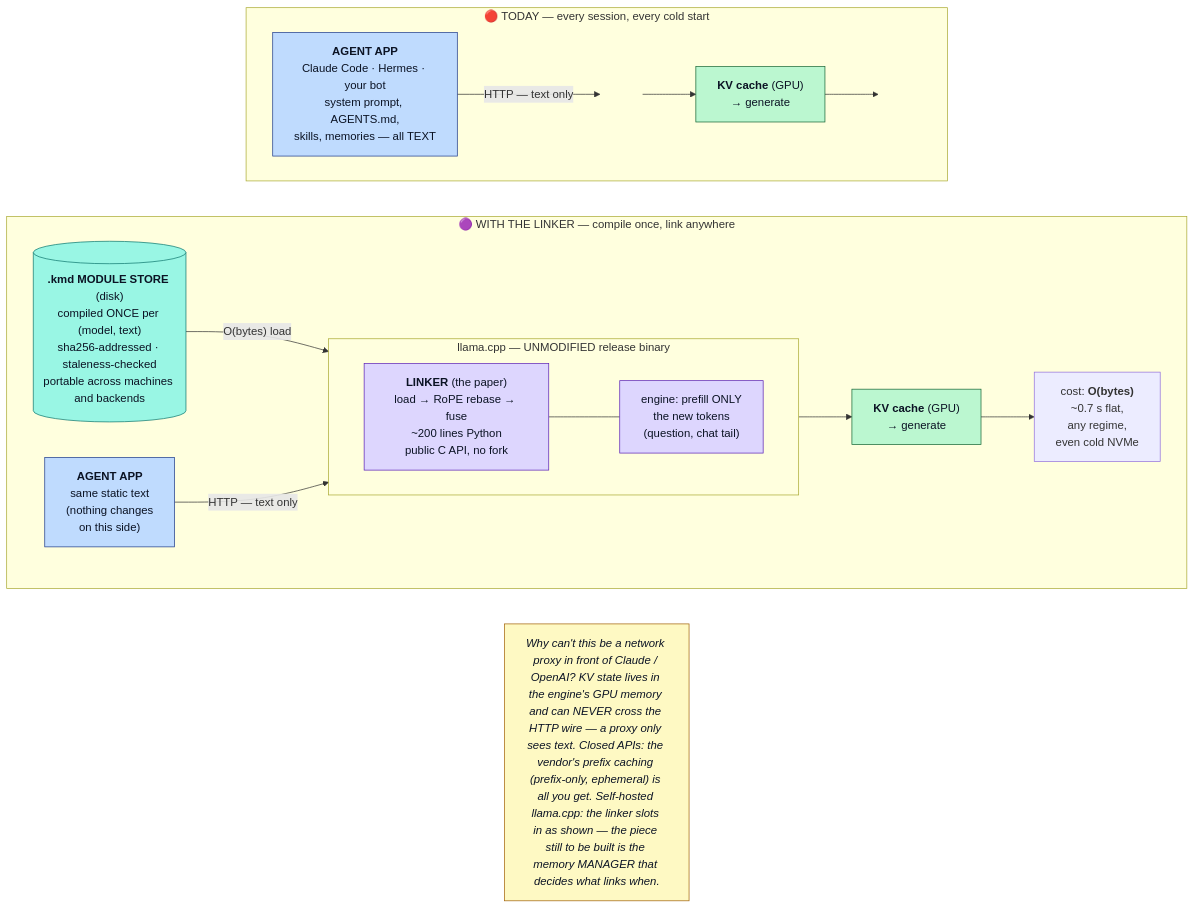
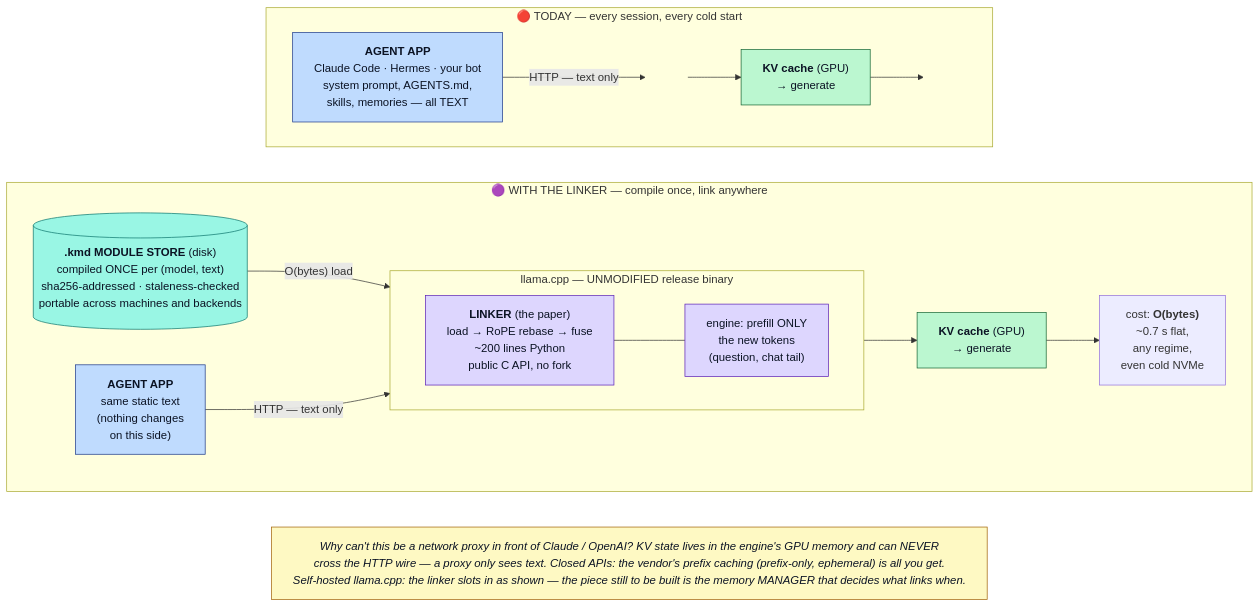
The diagram in README.md (k0n1m4k1/kv-memory-modules), drawn with Mermaid before and after one commit. The commit also changed 1 other file, not shown here.

Commit message:
Widen the diagram's note box (raise wrappingWidth, 3-line note)
Set flowchart wrappingWidth to 1400 and break the bottom note into
three long lines so the yellow box renders wide and short instead of
narrow and tall, matching the JPG proportions.

````diff
--- a/README.md
+++ b/README.md
@@ -9,44 +9,49 @@
 ```mermaid
+---
+config:
+  flowchart:
+    wrappingWidth: 1400
+---
 flowchart TB
   subgraph TODAY["🔴 TODAY — every session, every cold start"]
     direction LR
     A1["<b>AGENT APP</b><br/>Claude Code · Hermes · your bot<br/>system prompt, AGENTS.md,<br/>skills, memories — all TEXT"]
     P1["<b>llama.cpp / vLLM / hosted API</b><br/>PREFILL: every token re-read<br/>through all layers of the model"]
     K1["<b>KV cache</b> (GPU)<br/>→ generate"]
     C1["cost: <b>O(compute)</b><br/>15.2k-token memory:<br/>5.5 s GPU · 13.7 s partial<br/>offload · 18.9 s CPU"]
     A1 -->|"HTTP — text only"| P1 --> K1 --> C1
   end
 
   subgraph LINK["🟣 WITH THE LINKER — compile once, link anywhere"]
     direction LR
     A2["<b>AGENT APP</b><br/>same static text<br/>(nothing changes<br/>on this side)"]
     subgraph ENGINE["llama.cpp — UNMODIFIED release binary"]
       direction LR
       L2["<b>LINKER</b> (the paper)<br/>load → RoPE rebase → fuse<br/>~200 lines Python<br/>public C API, no fork"]
       E2["engine: prefill ONLY<br/>the new tokens<br/>(question, chat tail)"]
       L2 --- E2
     end
     K2["<b>KV cache</b> (GPU)<br/>→ generate"]
     C2["cost: <b>O(bytes)</b><br/>~0.7 s flat,<br/>any regime,<br/>even cold NVMe"]
     S2[("<b>.kmd MODULE STORE</b> (disk)<br/>compiled ONCE per (model, text)<br/>sha256-addressed · staleness-checked<br/>portable across machines and backends")]
     A2 -->|"HTTP — text only"| ENGINE --> K2 --> C2
     S2 -->|"O(bytes) load"| L2
   end
 
-  NOTE["<i>Why can't this be a network proxy in front of Claude / OpenAI? KV state lives in the engine's GPU memory and can NEVER cross the HTTP wire — a proxy only sees text. Closed APIs: the vendor's prefix caching (prefix-only, ephemeral) is all you get. Self-hosted llama.cpp: the linker slots in as shown — the piece still to be built is the memory MANAGER that decides what links when.</i>"]
+  NOTE["<i>Why can't this be a network proxy in front of Claude / OpenAI?  KV state lives in the engine's GPU memory and can NEVER<br/>cross the HTTP wire — a proxy only sees text.  Closed APIs: the vendor's prefix caching (prefix-only, ephemeral) is all you get.<br/>Self-hosted llama.cpp: the linker slots in as shown — the piece still to be built is the memory MANAGER that decides what links when.</i>"]
 
   TODAY ~~~ LINK ~~~ NOTE
 
   classDef app fill:#bfdbfe,stroke:#1e3a8a,color:#0b1324;
   classDef today fill:#fecaca,stroke:#991b1b,color:#0b1324;
   classDef kv fill:#bbf7d0,stroke:#166534,color:#0b1324;
   classDef linker fill:#ddd6fe,stroke:#5b21b6,color:#0b1324;
   classDef store fill:#99f6e4,stroke:#0f766e,color:#0b1324;
   classDef note fill:#fef9c3,stroke:#a16207,color:#0b1324;
   class A1,A2 app;
   class P1,C1 today;
   class K1,K2 kv;
   class L2,E2 linker;
   class S2 store;
   class NOTE note;
 ```
````
